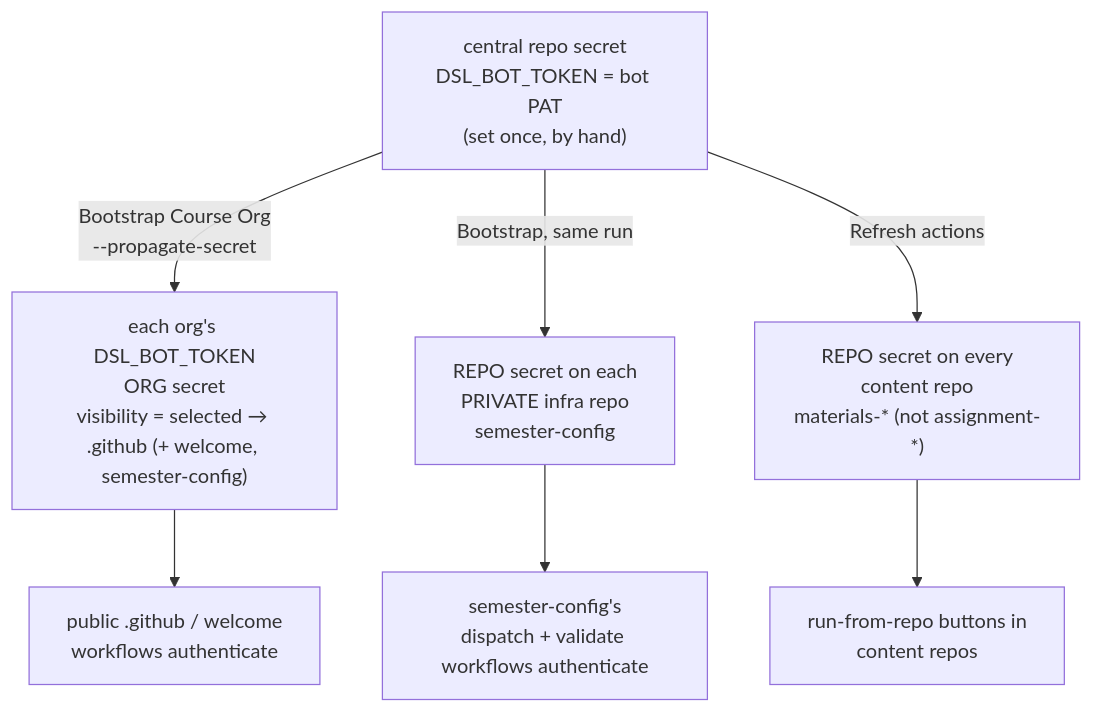
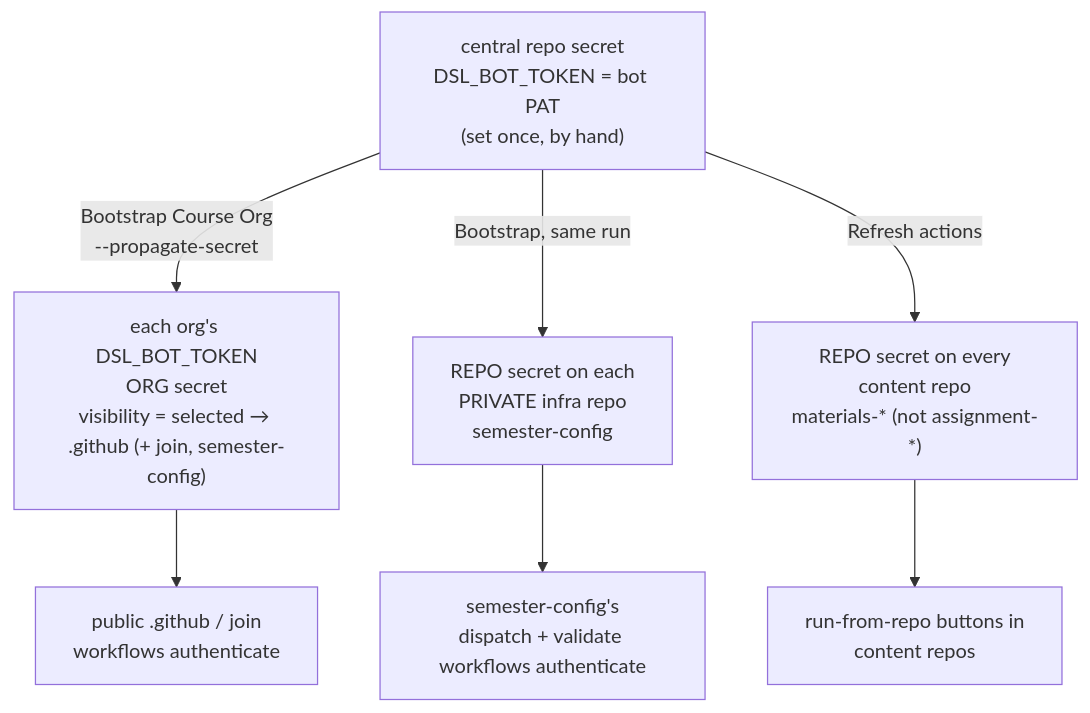
The second of 10 diagrams in docs-admin-arch/architecture.md (hertie-data-science-lab/dsl-teaching-toolkit), drawn with Mermaid before and after one commit. The commit also changed other lines of this file and 71 other files, not shown here.

Commit message:
refactor(layout): rename the welcome repo to join

````diff
--- a/docs-admin-arch/architecture.md
+++ b/docs-admin-arch/architecture.md
@@ -89,22 +89,22 @@
 ```mermaid
 flowchart TD
   src["`central repo secret
 DSL_BOT_TOKEN = bot PAT
 (set once, by hand)`"]
   src -->|"`Bootstrap Course Org
 --propagate-secret`"| orgsec["`each org's DSL_BOT_TOKEN
 ORG secret
-visibility = selected → .github (+ welcome, semester-config)`"]
+visibility = selected → .github (+ join, semester-config)`"]
   src -->|"Bootstrap, same run"| infrasec["`REPO secret on each
 PRIVATE infra repo
 semester-config`"]
   src -->|"Refresh actions"| reposec["`REPO secret on every
 content repo
 materials-* (not assignment-*)`"]
-  orgsec --> pub["`public .github / welcome
+  orgsec --> pub["`public .github / join
 workflows authenticate`"]
   infrasec --> disp["`semester-config's
 dispatch + validate workflows authenticate`"]
   reposec --> priv["`run-from-repo buttons in
 content repos`"]
 ```
````
